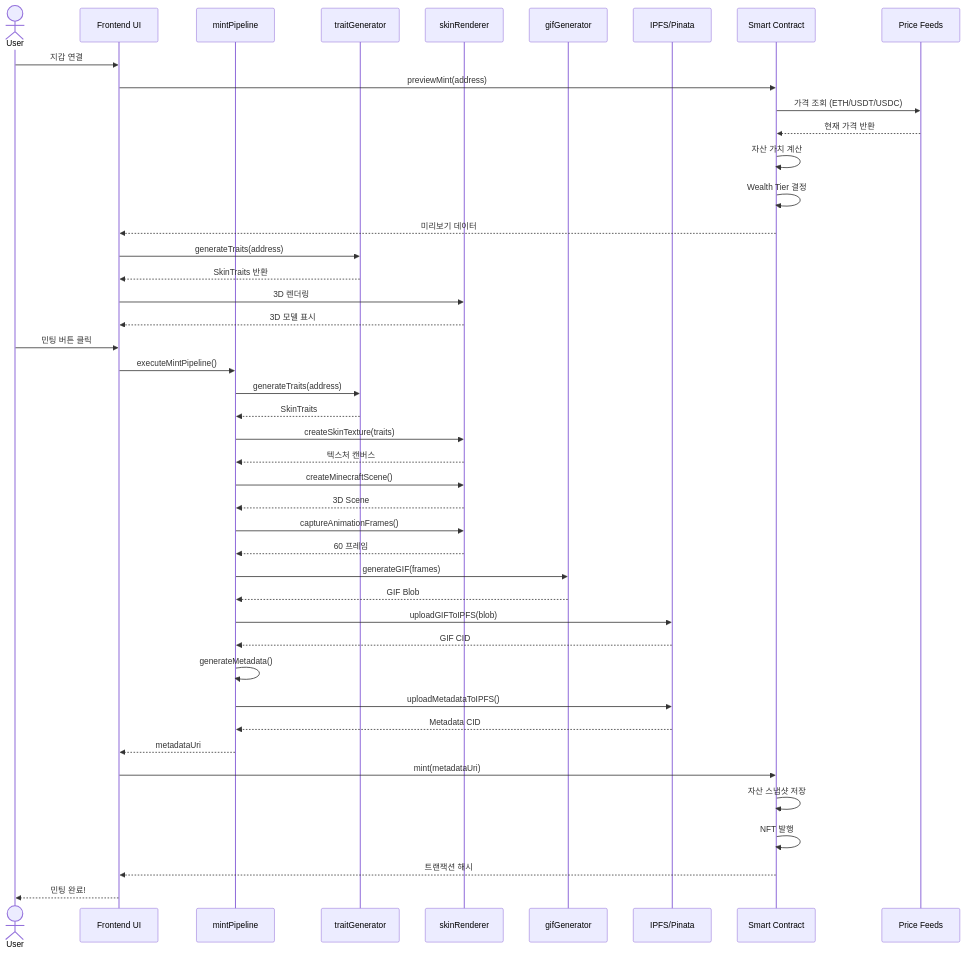
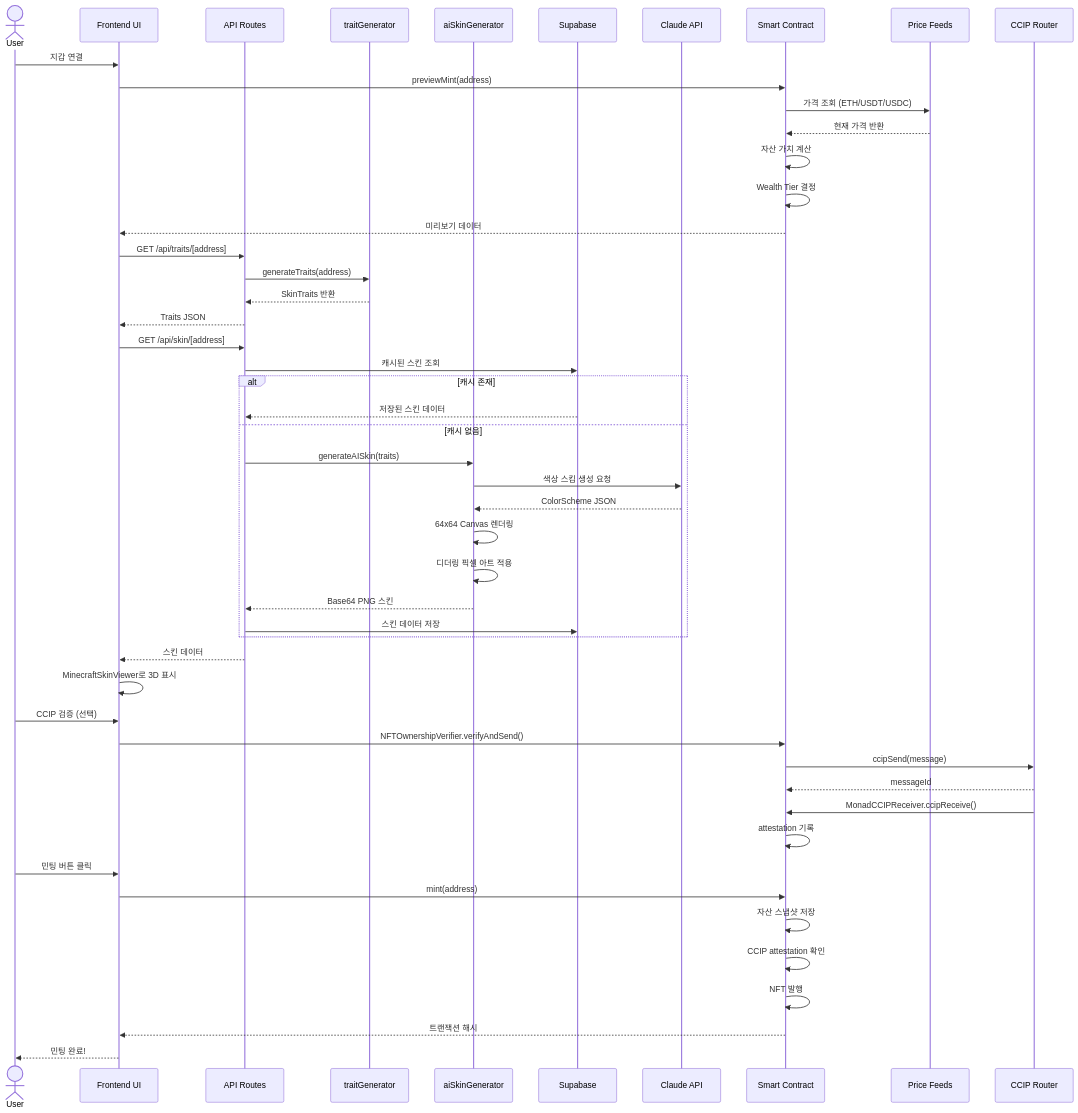
One commit to monad-developers/monad-blitz-seoul changed the third of 8 diagrams in ARCHITECTURE.md. Above: the diagram before and after it, drawn with Mermaid. The commit also changed other lines of this file and 46 other files, not shown here.

````diff
--- a/ARCHITECTURE.md
+++ b/ARCHITECTURE.md
@@ -136,60 +157,60 @@
 ```mermaid
 sequenceDiagram
     actor User
     participant UI as Frontend UI
-    participant Pipeline as mintPipeline
+    participant API as API Routes
     participant Trait as traitGenerator
-    participant Renderer as skinRenderer
-    participant GIF as gifGenerator
-    participant IPFS as IPFS/Pinata
+    participant AI as aiSkinGenerator
+    participant DB as Supabase
+    participant Claude as Claude API
     participant Contract as Smart Contract
     participant Chainlink as Price Feeds
+    participant CCIP as CCIP Router
 
     User->>UI: 지갑 연결
     UI->>Contract: previewMint(address)
     Contract->>Chainlink: 가격 조회 (ETH/USDT/USDC)
     Chainlink-->>Contract: 현재 가격 반환
     Contract->>Contract: 자산 가치 계산
     Contract->>Contract: Wealth Tier 결정
     Contract-->>UI: 미리보기 데이터
 
-    UI->>Trait: generateTraits(address)
-    Trait-->>UI: SkinTraits 반환
-    UI->>Renderer: 3D 렌더링
-    Renderer-->>UI: 3D 모델 표시
+    UI->>API: GET /api/traits/[address]
+    API->>Trait: generateTraits(address)
+    Trait-->>API: SkinTraits 반환
+    API-->>UI: Traits JSON
+
+    UI->>API: GET /api/skin/[address]
+    API->>DB: 캐시된 스킨 조회
+
+    alt 캐시 존재
+        DB-->>API: 저장된 스킨 데이터
+    else 캐시 없음
+        API->>AI: generateAISkin(traits)
+        AI->>Claude: 색상 스킴 생성 요청
+        Claude-->>AI: ColorScheme JSON
+        AI->>AI: 64x64 Canvas 렌더링
+        AI->>AI: 디더링 픽셀 아트 적용
+        AI-->>API: Base64 PNG 스킨
+        API->>DB: 스킨 데이터 저장
+    end
+
+    API-->>UI: 스킨 데이터
+    UI->>UI: MinecraftSkinViewer로 3D 표시
+
+    User->>UI: CCIP 검증 (선택)
+    UI->>Contract: NFTOwnershipVerifier.verifyAndSend()
+    Contract->>CCIP: ccipSend(message)
+    CCIP-->>Contract: messageId
+    CCIP->>Contract: MonadCCIPReceiver.ccipReceive()
+    Contract->>Contract: attestation 기록
 
     User->>UI: 민팅 버튼 클릭
-
-    UI->>Pipeline: executeMintPipeline()
-
-    Pipeline->>Trait: generateTraits(address)
-    Trait-->>Pipeline: SkinTraits
-
-    Pipeline->>Renderer: createSkinTexture(traits)
-    Renderer-->>Pipeline: 텍스처 캔버스
-
-    Pipeline->>Renderer: createMinecraftScene()
-    Renderer-->>Pipeline: 3D Scene
-
-    Pipeline->>Renderer: captureAnimationFrames()
-    Renderer-->>Pipeline: 60 프레임
-
-    Pipeline->>GIF: generateGIF(frames)
-    GIF-->>Pipeline: GIF Blob
-
-    Pipeline->>IPFS: uploadGIFToIPFS(blob)
-    IPFS-->>Pipeline: GIF CID
-
-    Pipeline->>Pipeline: generateMetadata()
-    Pipeline->>IPFS: uploadMetadataToIPFS()
-    IPFS-->>Pipeline: Metadata CID
-
-    Pipeline-->>UI: metadataUri
-
-    UI->>Contract: mint(metadataUri)
+    UI->>Contract: mint(address)
     Contract->>Contract: 자산 스냅샷 저장
+    Contract->>Contract: CCIP attestation 확인
     Contract->>Contract: NFT 발행
     Contract-->>UI: 트랜잭션 해시
 
     UI-->>User: 민팅 완료!
 ```
````
